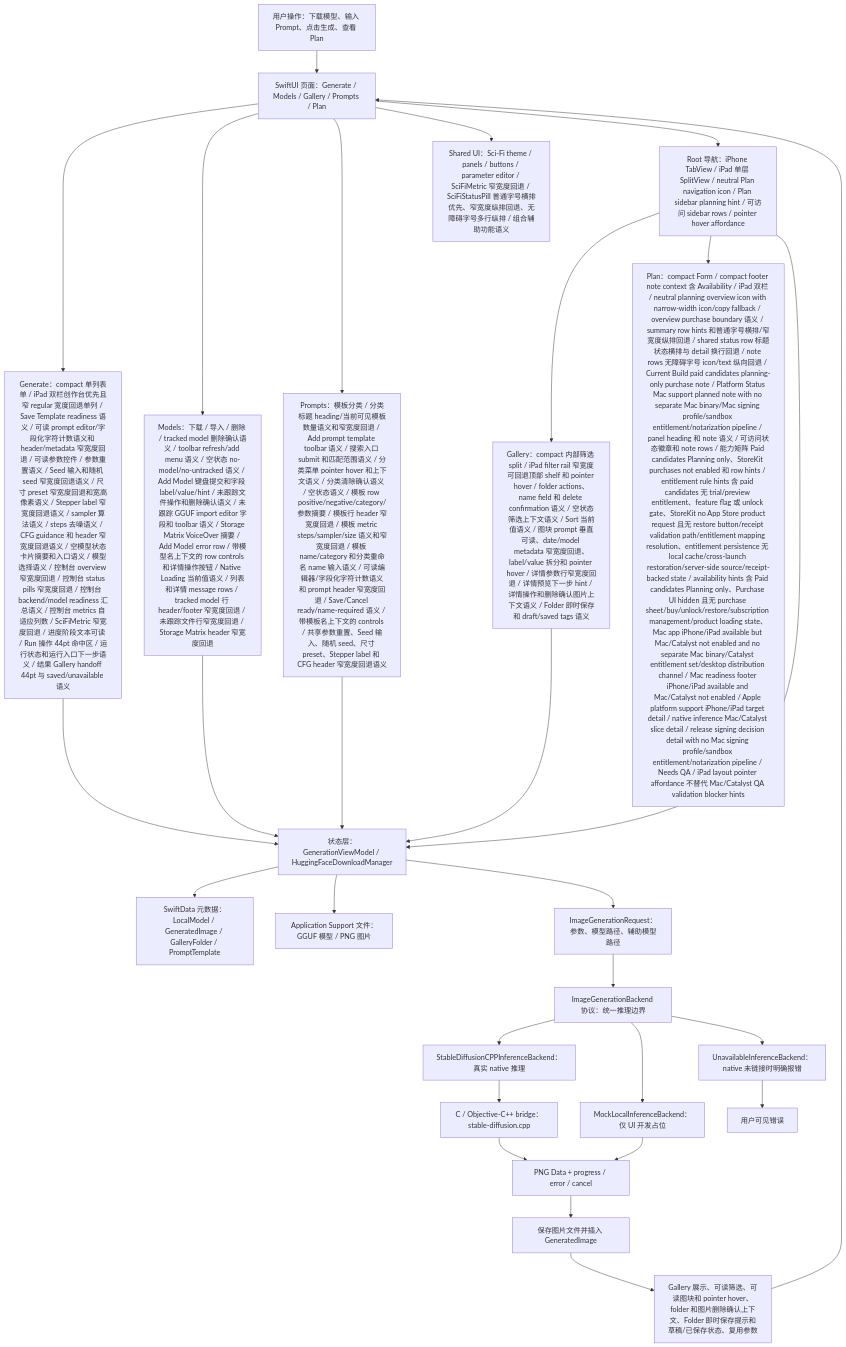
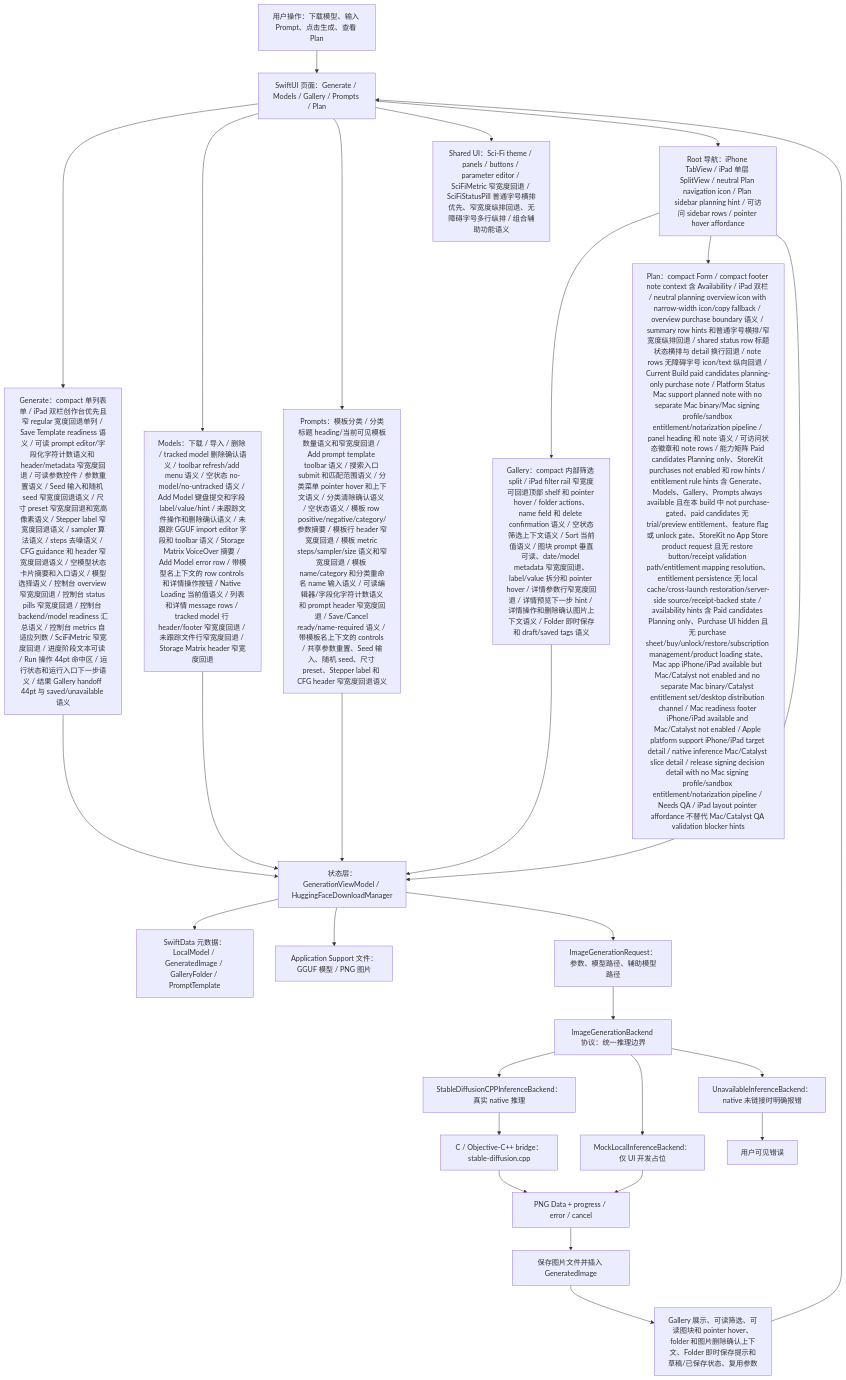
Before and after one commit to Altman-sam114/118: the first of 7 diagrams in md/flow/flowchart.md, drawn with Mermaid. The commit also changed 5 other files, not shown here.

Commit message:
v1.151: Clarify always-available tools

````diff
--- a/md/flow/flowchart.md
+++ b/md/flow/flowchart.md
@@ -9,30 +9,30 @@
 ```mermaid
 flowchart TD
   U["用户操作：下载模型、输入 Prompt、点击生成、查看 Plan"] --> UI["SwiftUI 页面：Generate / Models / Gallery / Prompts / Plan"]
   UI --> GENUI["Generate：compact 单列表单 / iPad 双栏创作台优先且窄 regular 宽度回退单列 / Save Template readiness 语义 / 可读 prompt editor/字段化字符计数语义和 header/metadata 窄宽度回退 / 可读参数控件 / 参数重置语义 / Seed 输入和随机 seed 窄宽度回退语义 / 尺寸 preset 窄宽度回退和宽高像素语义 / Stepper label 窄宽度回退语义 / sampler 算法语义 / steps 去噪语义 / CFG guidance 和 header 窄宽度回退语义 / 空模型状态卡片摘要和入口语义 / 模型选择语义 / 控制台 overview 窄宽度回退 / 控制台 status pills 窄宽度回退 / 控制台 backend/model readiness 汇总语义 / 控制台 metrics 自适应列数 / SciFiMetric 窄宽度回退 / 进度阶段文本可读 / Run 操作 44pt 命中区 / 运行状态和运行入口下一步语义 / 结果 Gallery handoff 44pt 与 saved/unavailable 语义"]
   UI --> MODELUI["Models：下载 / 导入 / 删除 / tracked model 删除确认语义 / toolbar refresh/add menu 语义 / 空状态 no-model/no-untracked 语义 / Add Model 键盘提交和字段 label/value/hint / 未跟踪文件操作和删除确认语义 / 未跟踪 GGUF import editor 字段和 toolbar 语义 / Storage Matrix VoiceOver 摘要 / Add Model error row / 带模型名上下文的 row controls 和详情操作按钮 / Native Loading 当前值语义 / 列表和详情 message rows / tracked model 行 header/footer 窄宽度回退 / 未跟踪文件行窄宽度回退 / Storage Matrix header 窄宽度回退"]
   UI --> PROMPTUI["Prompts：模板分类 / 分类标题 heading/当前可见模板数量语义和窄宽度回退 / Add prompt template toolbar 语义 / 搜索入口 submit 和匹配范围语义 / 分类菜单 pointer hover 和上下文语义 / 分类清除确认语义 / 空状态语义 / 模板 row positive/negative/category/参数摘要 / 模板行 header 窄宽度回退 / 模板 metric steps/sampler/size 语义和窄宽度回退 / 模板 name/category 和分类重命名 name 输入语义 / 可读编辑器/字段化字符计数语义和 prompt header 窄宽度回退 / Save/Cancel ready/name-required 语义 / 带模板名上下文的 controls / 共享参数重置、Seed 输入、随机 seed、尺寸 preset、Stepper label 和 CFG header 窄宽度回退语义"]
   UI --> SHAREDUI["Shared UI：Sci-Fi theme / panels / buttons / parameter editor / SciFiMetric 窄宽度回退 / SciFiStatusPill 普通字号横排优先、窄宽度纵排回退、无障碍字号多行纵排 / 组合辅助功能语义"]
   UI --> NAV["Root 导航：iPhone TabView / iPad 单层 SplitView / neutral Plan navigation icon / Plan sidebar planning hint / 可访问 sidebar rows / pointer hover affordance"]
   NAV --> GALUI["Gallery：compact 内部筛选 split / iPad filter rail 窄宽度可回退顶部 shelf 和 pointer hover / folder actions、name field 和 delete confirmation 语义 / 空状态筛选上下文语义 / Sort 当前值语义 / 图块 prompt 垂直可读、date/model metadata 窄宽度回退、label/value 拆分和 pointer hover / 详情参数行窄宽度回退 / 详情预览下一步 hint / 详情操作和删除确认图片上下文语义 / Folder 即时保存和 draft/saved tags 语义"]
-  NAV --> PLANUI["Plan：compact Form / compact footer note context 含 Availability / iPad 双栏 / neutral planning overview icon with narrow-width icon/copy fallback / overview purchase boundary 语义 / summary row hints 和普通字号横排/窄宽度纵排回退 / shared status row 标题状态横排与 detail 换行回退 / note rows 无障碍字号 icon/text 纵向回退 / Current Build paid candidates planning-only purchase note / Platform Status Mac support planned note with no separate Mac binary/Mac signing profile/sandbox entitlement/notarization pipeline / panel heading 和 note 语义 / 可访问状态徽章和 note rows / 能力矩阵 Paid candidates Planning only、StoreKit purchases not enabled 和 row hints / entitlement rule hints 含 paid candidates 无 trial/preview entitlement、feature flag 或 unlock gate、StoreKit no App Store product request 且无 restore button/receipt validation path/entitlement mapping resolution、entitlement persistence 无 local cache/cross-launch restoration/server-side source/receipt-backed state / availability hints 含 Paid candidates Planning only、Purchase UI hidden 且无 purchase sheet/buy/unlock/restore/subscription management/product loading state、Mac app iPhone/iPad available but Mac/Catalyst not enabled and no separate Mac binary/Catalyst entitlement set/desktop distribution channel / Mac readiness footer iPhone/iPad available and Mac/Catalyst not enabled / Apple platform support iPhone/iPad target detail / native inference Mac/Catalyst slice detail / release signing decision detail with no Mac signing profile/sandbox entitlement/notarization pipeline / Needs QA / iPad layout pointer affordance 不替代 Mac/Catalyst QA validation blocker hints"]
+  NAV --> PLANUI["Plan：compact Form / compact footer note context 含 Availability / iPad 双栏 / neutral planning overview icon with narrow-width icon/copy fallback / overview purchase boundary 语义 / summary row hints 和普通字号横排/窄宽度纵排回退 / shared status row 标题状态横排与 detail 换行回退 / note rows 无障碍字号 icon/text 纵向回退 / Current Build paid candidates planning-only purchase note / Platform Status Mac support planned note with no separate Mac binary/Mac signing profile/sandbox entitlement/notarization pipeline / panel heading 和 note 语义 / 可访问状态徽章和 note rows / 能力矩阵 Paid candidates Planning only、StoreKit purchases not enabled 和 row hints / entitlement rule hints 含 Generate、Models、Gallery、Prompts always available 且在本 build 中 not purchase-gated、paid candidates 无 trial/preview entitlement、feature flag 或 unlock gate、StoreKit no App Store product request 且无 restore button/receipt validation path/entitlement mapping resolution、entitlement persistence 无 local cache/cross-launch restoration/server-side source/receipt-backed state / availability hints 含 Paid candidates Planning only、Purchase UI hidden 且无 purchase sheet/buy/unlock/restore/subscription management/product loading state、Mac app iPhone/iPad available but Mac/Catalyst not enabled and no separate Mac binary/Catalyst entitlement set/desktop distribution channel / Mac readiness footer iPhone/iPad available and Mac/Catalyst not enabled / Apple platform support iPhone/iPad target detail / native inference Mac/Catalyst slice detail / release signing decision detail with no Mac signing profile/sandbox entitlement/notarization pipeline / Needs QA / iPad layout pointer affordance 不替代 Mac/Catalyst QA validation blocker hints"]
   NAV --> VM["状态层：GenerationViewModel / HuggingFaceDownloadManager"]
   GENUI --> VM
   MODELUI --> VM
   PROMPTUI --> VM
   GALUI --> VM
   VM --> SD["SwiftData 元数据：LocalModel / GeneratedImage / GalleryFolder / PromptTemplate"]
   VM --> FS["Application Support 文件：GGUF 模型 / PNG 图片"]
   VM --> REQ["ImageGenerationRequest：参数、模型路径、辅助模型路径"]
   REQ --> IFACE["ImageGenerationBackend 协议：统一推理边界"]
   IFACE --> NATIVE["StableDiffusionCPPInferenceBackend：真实 native 推理"]
   IFACE --> MOCK["MockLocalInferenceBackend：仅 UI 开发占位"]
   IFACE --> OFF["UnavailableInferenceBackend：native 未链接时明确报错"]
   NATIVE --> BRIDGE["C / Objective-C++ bridge：stable-diffusion.cpp"]
   BRIDGE --> PNG["PNG Data + progress / error / cancel"]
   MOCK --> PNG
   OFF --> ERR["用户可见错误"]
   PNG --> SAVE["保存图片文件并插入 GeneratedImage"]
   SAVE --> GALLERY["Gallery 展示、可读筛选、可读图块和 pointer hover、folder 和图片删除确认上下文、Folder 即时保存提示和草稿/已保存状态、复用参数"]
   GALLERY --> UI
 ```
````
